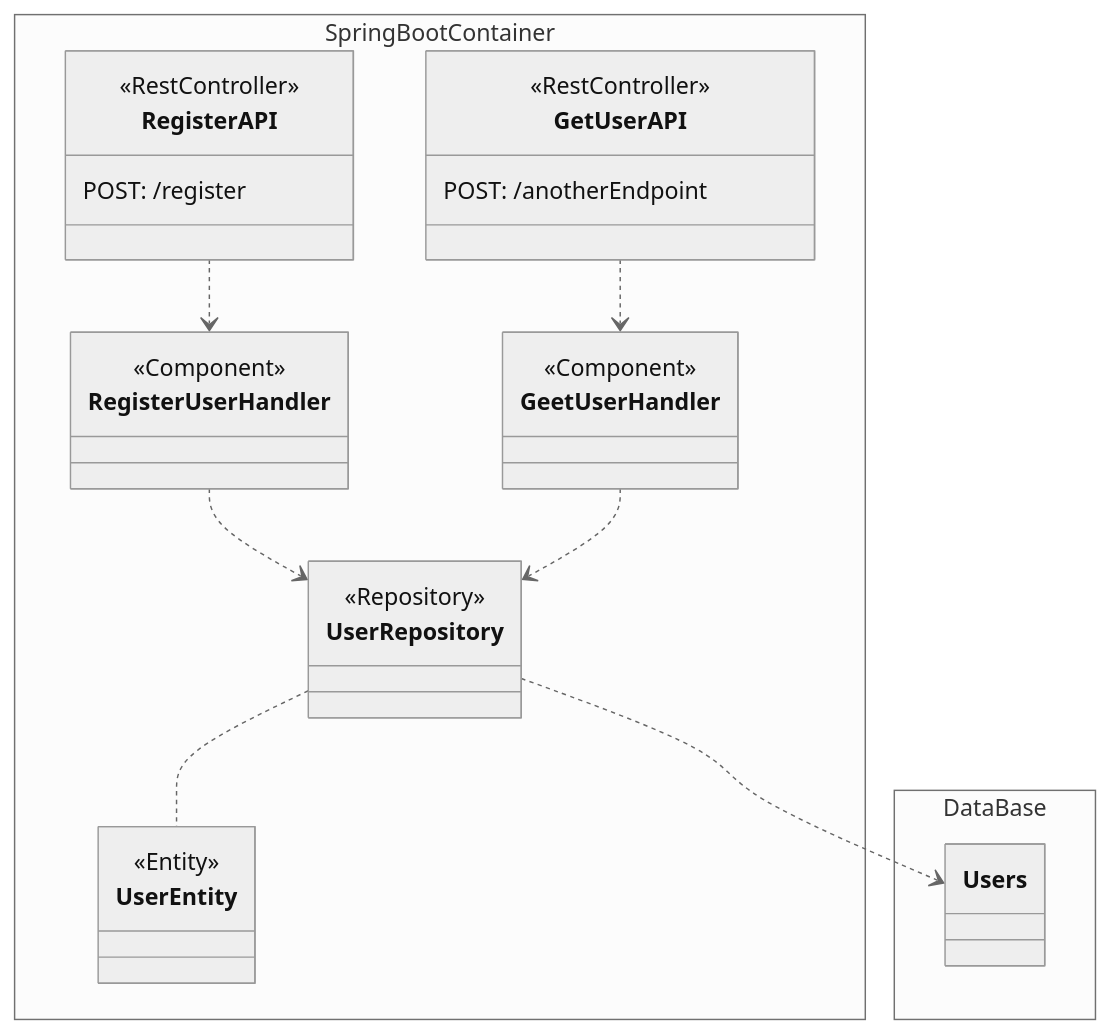
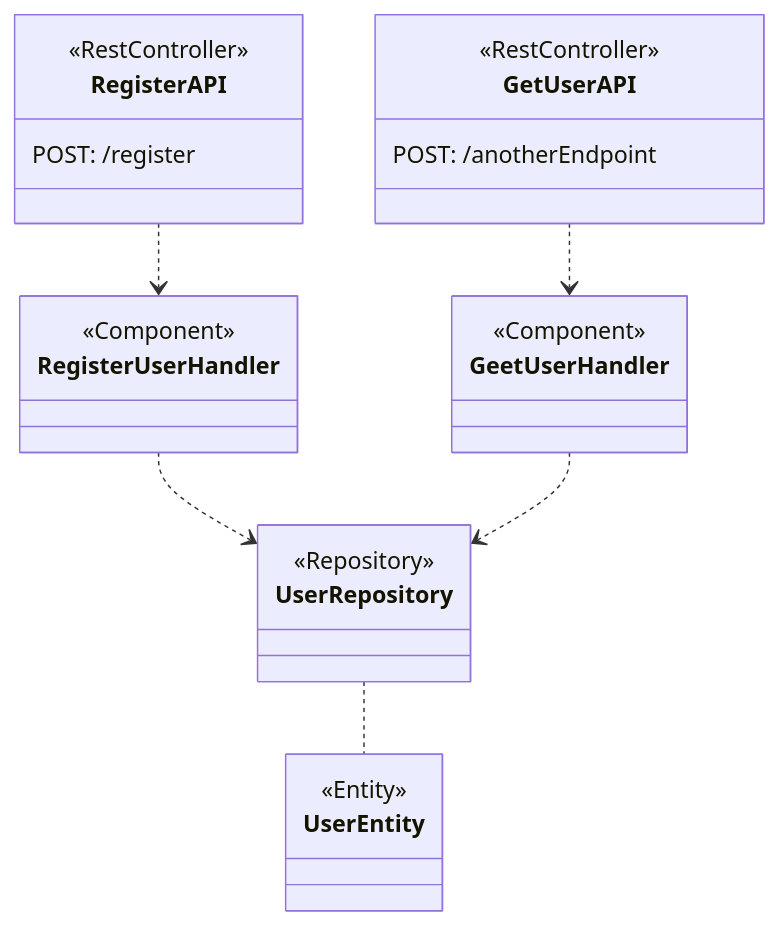
Before and after one commit to leocamachocr/kotlin-spring-boot-integration: the diagram in README.md, drawn with Mermaid.

````diff
--- a/README.md
+++ b/README.md
@@ -132,38 +132,33 @@
 ```mermaid
-%%{init: {'theme':'neutral'}}%%
+
 classDiagram
-    namespace SpringBootContainer {
+   
         class RegisterAPI {
             POST: /register
             <<RestController>>
         }
         class GetUserAPI {
             POST: /anotherEndpoint
             <<RestController>>
         }
         class RegisterUserHandler {
             <<Component>>
         }
 
         class GeetUserHandler {
             <<Component>>
         }
         class UserRepository {
             <<Repository>>
         }
         class UserEntity {
             <<Entity>>
         }
-    }
-    namespace DataBase {
-        class Users
-    }
-
+    
   RegisterAPI ..> RegisterUserHandler
   GetUserAPI ..> GeetUserHandler
   RegisterUserHandler ..> UserRepository
   GeetUserHandler ..> UserRepository
-  UserRepository ..> Users
   UserRepository .. UserEntity
 
 ```
````
